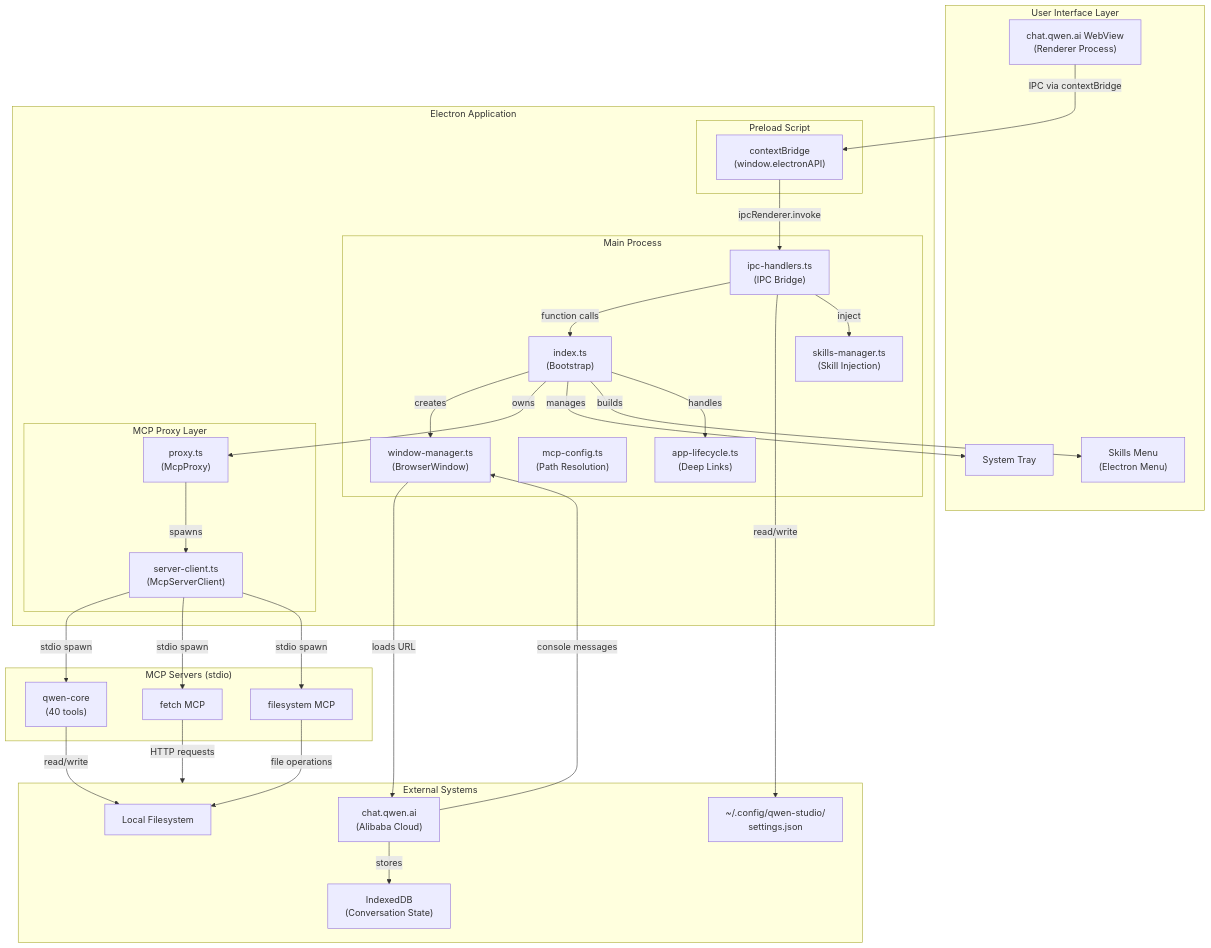
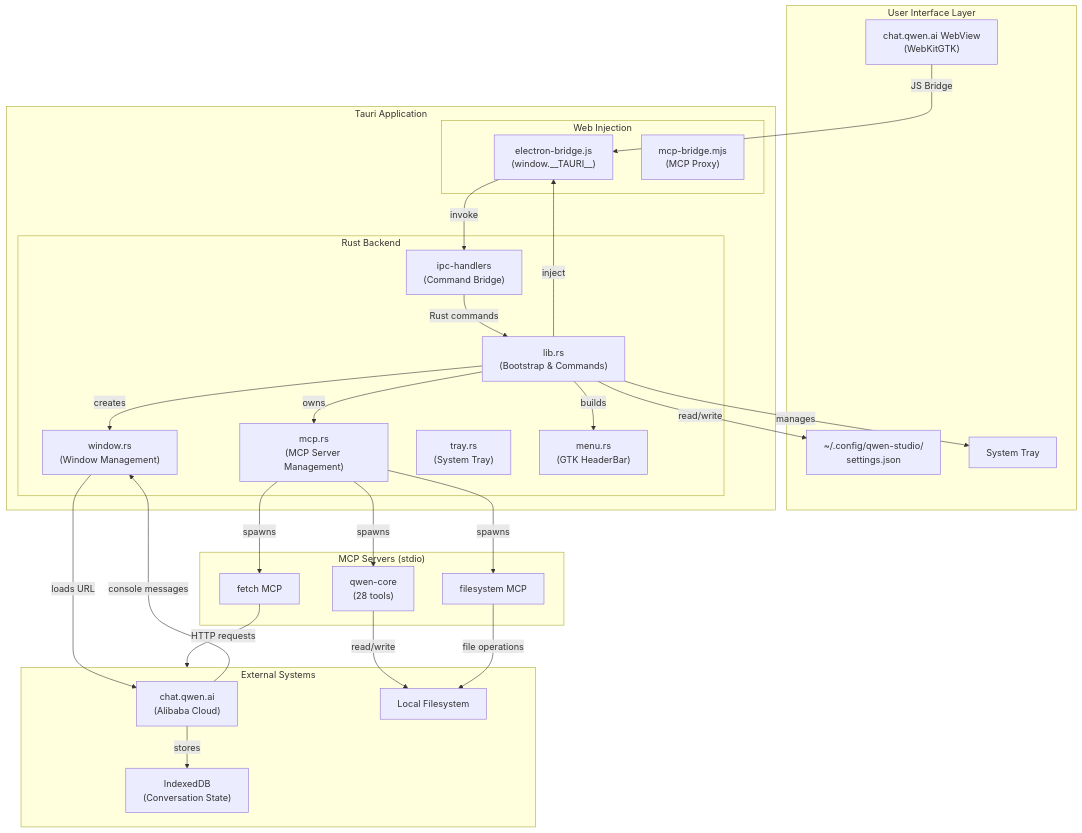
One commit to LeanBitLab/qwenLean changed the first of 9 diagrams in docs/ARCHITECTURE.md. Above: the diagram before and after it, drawn with Mermaid. The commit also changed other lines of this file and 31 other files, not shown here.

````diff
--- a/docs/ARCHITECTURE.md
+++ b/docs/ARCHITECTURE.md
@@ -5,65 +8,59 @@
 ```mermaid
 flowchart TB
     subgraph User["User Interface Layer"]
-        WebView["chat.qwen.ai WebView<br/>(Renderer Process)"]
-        SkillsMenu["Skills Menu<br/>(Electron Menu)"]
+        WebView["chat.qwen.ai WebView<br/>(WebKitGTK)"]
+        Settings["Settings UI<br/>(Injected JS)"]
         SystemTray["System Tray"]
     end
 
-    subgraph Electron["Electron Application"]
-        subgraph Main["Main Process"]
-            Index["index.ts<br/>(Bootstrap)"]
-            WM["window-manager.ts<br/>(BrowserWindow)"]
-            IPC["ipc-handlers.ts<br/>(IPC Bridge)"]
-            MCPConfig["mcp-config.ts<br/>(Path Resolution)"]
-            Skills["skills-manager.ts<br/>(Skill Injection)"]
-            Lifecycle["app-lifecycle.ts<br/>(Deep Links)"]
+    subgraph Tauri["Tauri Application"]
+        subgraph Rust["Rust Backend"]
+            Lib["lib.rs<br/>(Bootstrap & Commands)"]
+            Window["window.rs<br/>(Window Management)"]
+            IPC["ipc-handlers<br/>(Command Bridge)"]
+            MCP["mcp.rs<br/>(MCP Server Management)"]
+            Tray["tray.rs<br/>(System Tray)"]
+            Menu["menu.rs<br/>(GTK HeaderBar)"]
         end
 
-        subgraph MCP["MCP Proxy Layer"]
-            Proxy["proxy.ts<br/>(McpProxy)"]
-            Client["server-client.ts<br/>(McpServerClient)"]
-        end
-
-        subgraph Preload["Preload Script"]
-            ContextBridge["contextBridge<br/>(window.electronAPI)"]
+        subgraph Web["Web Injection"]
+            Bridge["electron-bridge.js<br/>(window.__TAURI__)"]
+            MCPBridge["mcp-bridge.mjs<br/>(MCP Proxy)"]
         end
     end
 
     subgraph Servers["MCP Servers (stdio)"]
-        QwenCore["qwen-core<br/>(40 tools)"]
+        QwenCore["qwen-core<br/>(28 tools)"]
         Fetch["fetch MCP"]
         FS["filesystem MCP"]
     end
 
     subgraph External["External Systems"]
         QwenAI["chat.qwen.ai<br/>(Alibaba Cloud)"]
         Settings["~/.config/qwen-studio/<br/>settings.json"]
         IndexedDB["IndexedDB<br/>(Conversation State)"]
         FileSystem["Local Filesystem"]
     end
 
-    WebView -->|IPC via contextBridge| ContextBridge
-    ContextBridge -->|ipcRenderer.invoke| IPC
-    IPC -->|function calls| Index
-    Index -->|creates| WM
-    Index -->|owns| Proxy
-    Proxy -->|spawns| Client
-    Client -->|stdio spawn| QwenCore
-    Client -->|stdio spawn| Fetch
-    Client -->|stdio spawn| FS
+    WebView -->|JS Bridge| Bridge
+    Bridge -->|invoke| IPC
+    IPC -->|Rust commands| Lib
+    Lib -->|creates| Window
+    Lib -->|owns| MCP
+    MCP -->|spawns| QwenCore
+    MCP -->|spawns| Fetch
+    MCP -->|spawns| FS
     
-    IPC -->|read/write| Settings
-    IPC -->|inject| Skills
-    WM -->|loads URL| QwenAI
+    Lib -->|read/write| Settings
+    Lib -->|inject| Bridge
+    Window -->|loads URL| QwenAI
     QwenAI -->|stores| IndexedDB
-    QwenAI -->|console messages| WM
+    QwenAI -->|console messages| Window
     
     QwenCore -->|read/write| FileSystem
     Fetch -->|HTTP requests| External
     FS -->|file operations| FileSystem
     
-    Index -->|manages| SystemTray
-    Index -->|builds| SkillsMenu
-    Index -->|handles| Lifecycle
+    Lib -->|manages| SystemTray
+    Lib -->|builds| Menu
 ```
````
